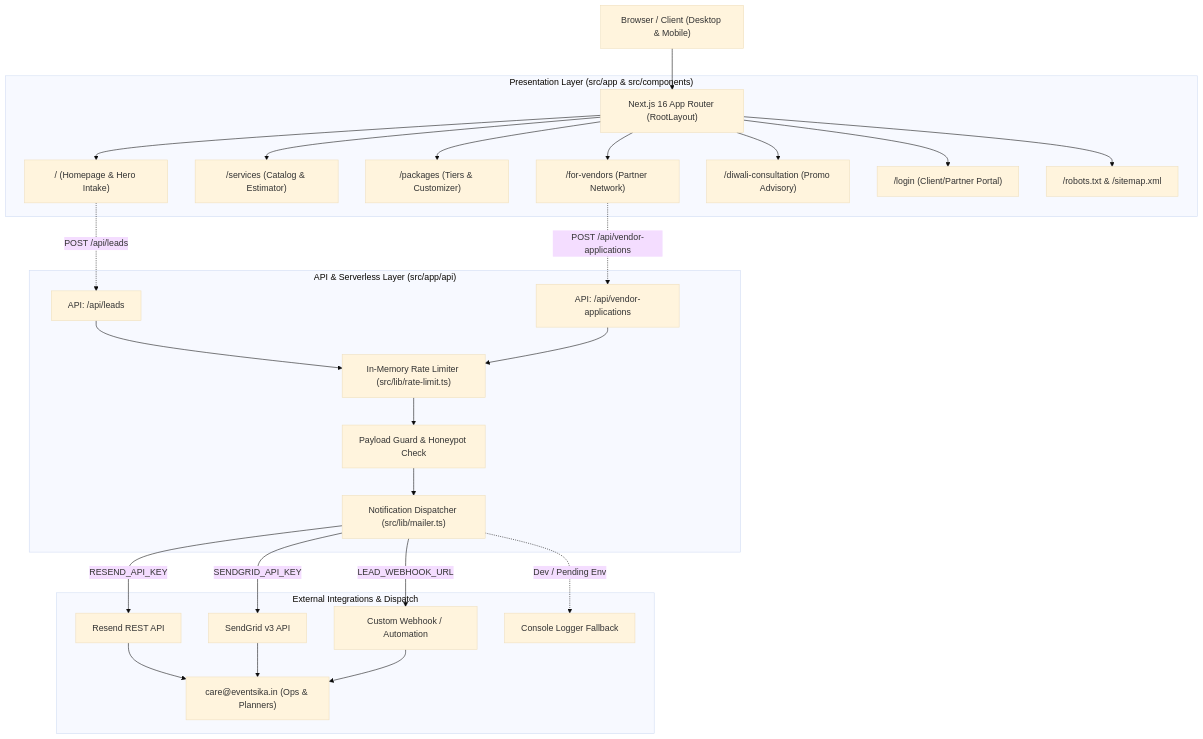
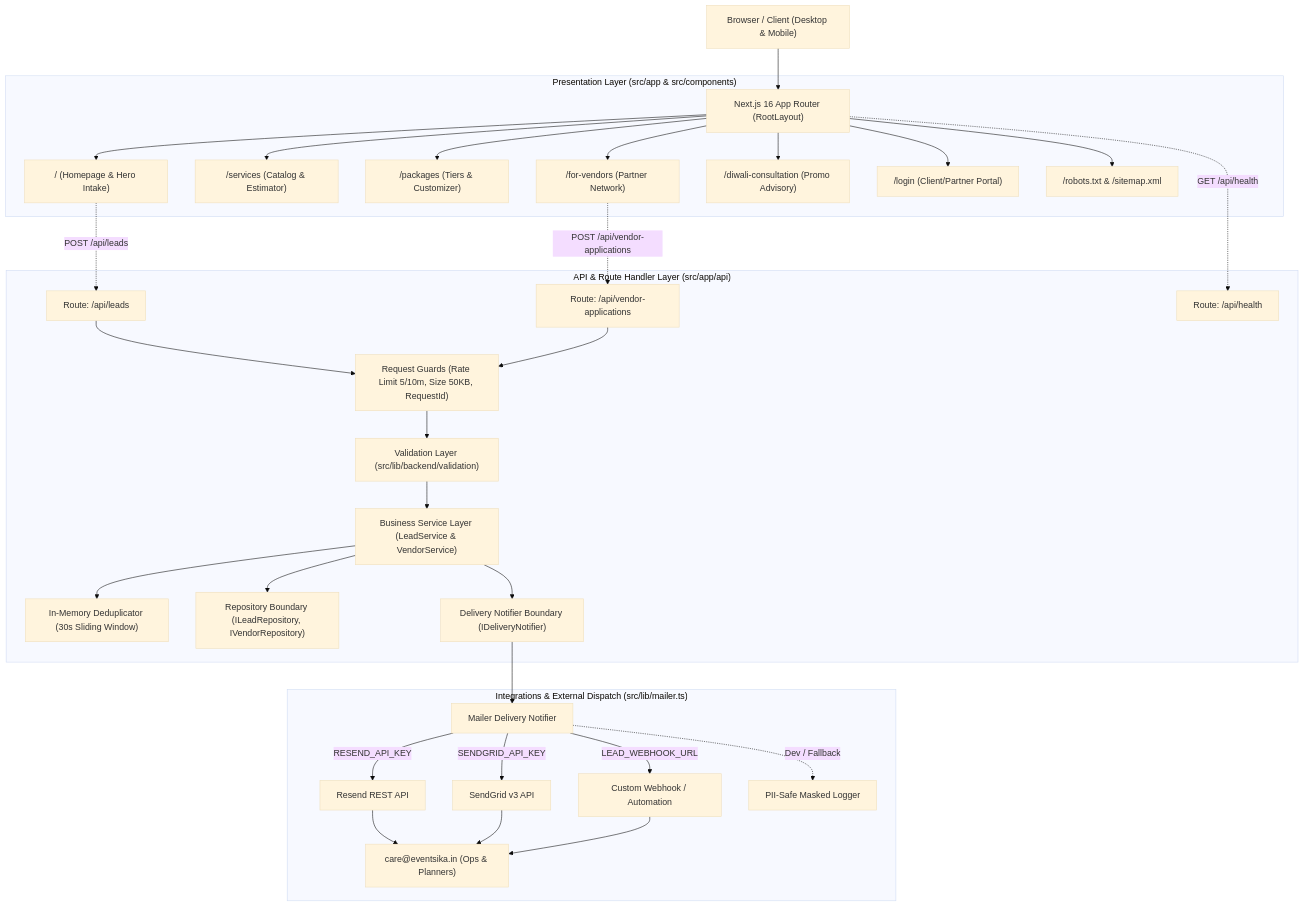
Before and after one commit to AdityaJha20/eventsika-landing: the first of 2 diagrams in .agents/project-brain/Brain.md, drawn with Mermaid (base theme). The commit also changed other lines of this file and 21 other files, not shown here.

Commit message:
feat: establish backend api architecture and security

````diff
--- a/.agents/project-brain/Brain.md
+++ b/.agents/project-brain/Brain.md
@@ -60,36 +60,41 @@
 ```mermaid
 graph TD
     Client["Browser / Client (Desktop & Mobile)"] --> NextRouter["Next.js 16 App Router (RootLayout)"]
     
     subgraph Frontend ["Presentation Layer (src/app & src/components)"]
         NextRouter --> HomeRoute["/ (Homepage & Hero Intake)"]
         NextRouter --> ServicesRoute["/services (Catalog & Estimator)"]
         NextRouter --> PackagesRoute["/packages (Tiers & Customizer)"]
         NextRouter --> VendorRoute["/for-vendors (Partner Network)"]
         NextRouter --> DiwaliRoute["/diwali-consultation (Promo Advisory)"]
         NextRouter --> LoginRoute["/login (Client/Partner Portal)"]
         NextRouter --> MetadataRoutes["/robots.txt & /sitemap.xml"]
     end
 
-    subgraph BackendAPI ["API & Serverless Layer (src/app/api)"]
-        HomeRoute -.->|"POST /api/leads"| LeadAPI["API: /api/leads"]
-        VendorRoute -.->|"POST /api/vendor-applications"| VendorAPI["API: /api/vendor-applications"]
+    subgraph BackendAPI ["API & Route Handler Layer (src/app/api)"]
+        HomeRoute -.->|"POST /api/leads"| LeadRoute["Route: /api/leads"]
+        VendorRoute -.->|"POST /api/vendor-applications"| VendorRouteAPI["Route: /api/vendor-applications"]
+        NextRouter -.->|"GET /api/health"| HealthRoute["Route: /api/health"]
         
-        LeadAPI --> RateLimit["In-Memory Rate Limiter (src/lib/rate-limit.ts)"]
-        VendorAPI --> RateLimit
+        LeadRoute --> RequestGuards["Request Guards (Rate Limit 5/10m, Size 50KB, RequestId)"]
+        VendorRouteAPI --> RequestGuards
         
-        RateLimit --> Sanitizer["Payload Guard & Honeypot Check"]
-        Sanitizer --> Mailer["Notification Dispatcher (src/lib/mailer.ts)"]
+        RequestGuards --> ValidationLayer["Validation Layer (src/lib/backend/validation)"]
+        ValidationLayer --> ServiceLayer["Business Service Layer (LeadService & VendorService)"]
+        ServiceLayer --> Deduplicator["In-Memory Deduplicator (30s Sliding Window)"]
+        ServiceLayer --> RepoBoundary["Repository Boundary (ILeadRepository, IVendorRepository)"]
+        ServiceLayer --> DeliveryBoundary["Delivery Notifier Boundary (IDeliveryNotifier)"]
     end
 
-    subgraph ExternalServices ["External Integrations & Dispatch"]
-        Mailer -->|"RESEND_API_KEY"| ResendAPI["Resend REST API"]
-        Mailer -->|"SENDGRID_API_KEY"| SendgridAPI["SendGrid v3 API"]
-        Mailer -->|"LEAD_WEBHOOK_URL"| CustomWebhook["Custom Webhook / Automation"]
-        Mailer -.->|"Dev / Pending Env"| ConsoleLogger["Console Logger Fallback"]
+    subgraph Integrations ["Integrations & External Dispatch (src/lib/mailer.ts)"]
+        DeliveryBoundary --> MailerAdapter["Mailer Delivery Notifier"]
+        MailerAdapter -->|"RESEND_API_KEY"| ResendAPI["Resend REST API"]
+        MailerAdapter -->|"SENDGRID_API_KEY"| SendgridAPI["SendGrid v3 API"]
+        MailerAdapter -->|"LEAD_WEBHOOK_URL"| CustomWebhook["Custom Webhook / Automation"]
+        MailerAdapter -.->|"Dev / Fallback"| SafeLogger["PII-Safe Masked Logger"]
         
         ResendAPI --> OpsTeam["care@eventsika.in (Ops & Planners)"]
         SendgridAPI --> OpsTeam
         CustomWebhook --> OpsTeam
     end
 ```
````
